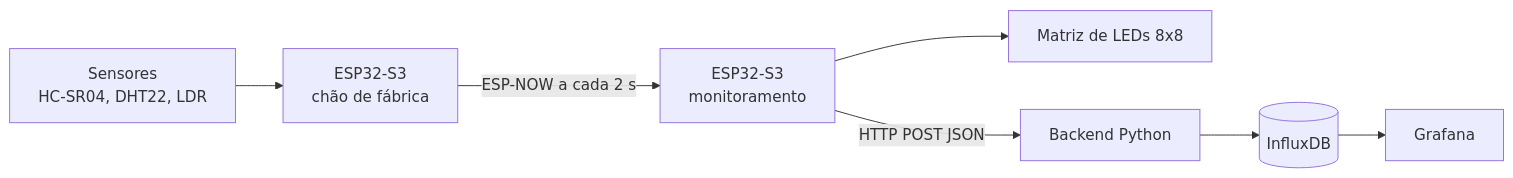
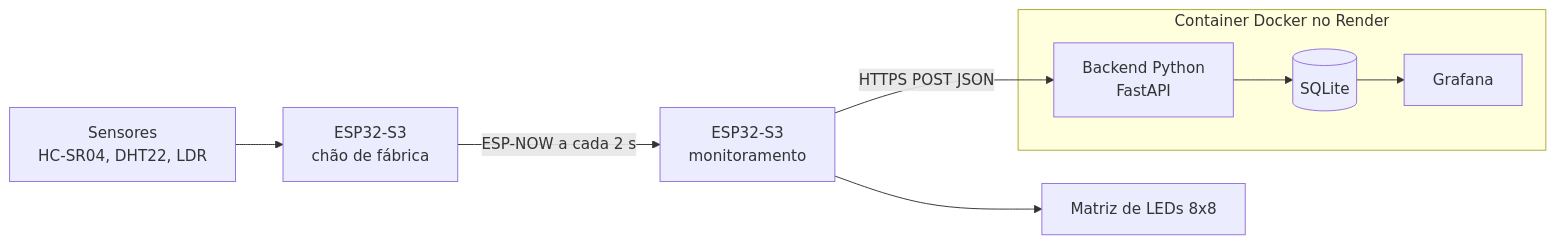
Before and after one commit to LucasChoucate/av2-camada-servico: the diagram in README.md, drawn with Mermaid. The commit also changed other lines of this file and 4 other files, not shown here.

````diff
--- a/README.md
+++ b/README.md
@@ -17,9 +17,11 @@
 ```mermaid
 flowchart LR
     S[Sensores<br/>HC-SR04, DHT22, LDR] --> A[ESP32-S3<br/>chão de fábrica]
     A -- ESP-NOW a cada 2 s --> B[ESP32-S3<br/>monitoramento]
     B --> M[Matriz de LEDs 8x8]
-    B -- HTTP POST JSON --> API[Backend Python]
-    API --> DB[(InfluxDB)]
-    DB --> G[Grafana]
+    subgraph Render [Container Docker no Render]
+        API[Backend Python<br/>FastAPI] --> DB[(SQLite)]
+        DB --> G[Grafana]
+    end
+    B -- HTTPS POST JSON --> API
 ```
````
